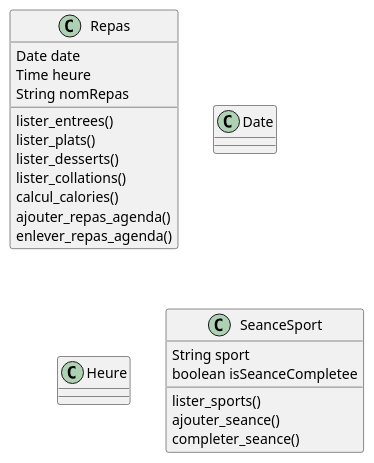
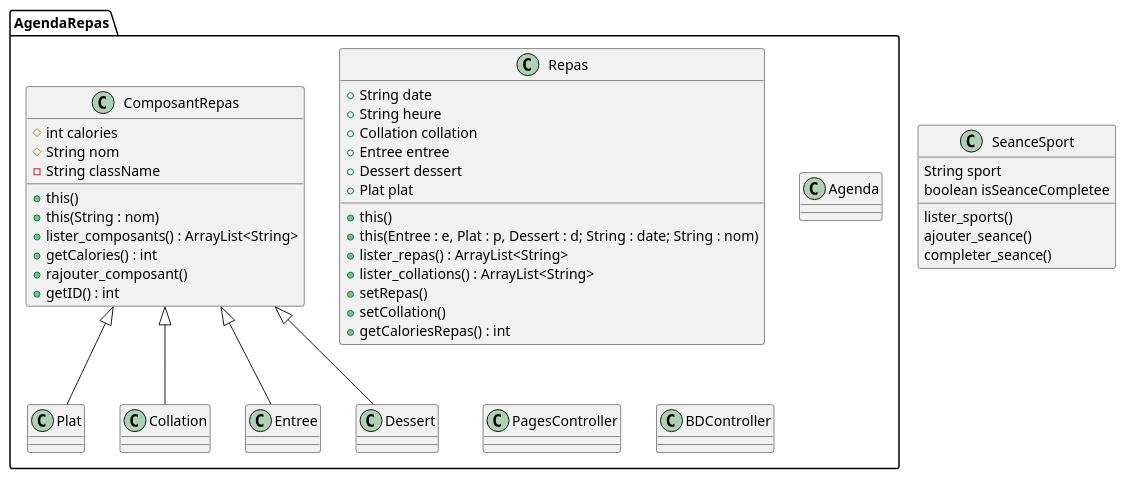
Before and after one commit to FadiAbdelqader/HealthyLife: the diagram in HealthyLife.puml, drawn with PlantUML.

Commit message:
Diagramme de classe PUML V2

```diff
--- a/HealthyLife.puml
+++ b/HealthyLife.puml
@@ -1,29 +1,68 @@
 @startuml
 'https://plantuml.com/sequence-diagram
+package AgendaRepas{
+class Repas {
++String date
++String heure
++Collation collation
++Entree entree
++Dessert dessert
++Plat plat
++this()
++this(Entree : e, Plat : p, Dessert : d; String : date; String : nom)
++lister_repas() : ArrayList<String>
++lister_collations() : ArrayList<String>
++setRepas()
++setCollation()
++getCaloriesRepas() : int
+}
 
-class Repas {
-Date date
-Time heure
-String nomRepas
-lister_entrees()
-lister_plats()
-lister_desserts()
-lister_collations()
-calcul_calories()
-ajouter_repas_agenda()
-enlever_repas_agenda()
+class Agenda {
 }
-class Date {
+
+class Plat {
 }
-class Heure {
+
+class Collation{
 }
+
+class Entree {
+}
+
+class Dessert {
+}
+
+class ComposantRepas{
+#int calories
+#String nom
+-String className
++this()
++this(String : nom)
++lister_composants() : ArrayList<String>
++getCalories() : int
++rajouter_composant()
++getID() : int
+}
+
+class PagesController {
+}
+
+class BDController {
+}
+
+ComposantRepas <|-- Plat
+ComposantRepas <|-- Collation
+ComposantRepas <|-- Dessert
+ComposantRepas <|-- Entree
+}
+
 
 class SeanceSport {
 String sport
 boolean isSeanceCompletee
 lister_sports()
 ajouter_seance()
 completer_seance()
 }
 
 @enduml
```
